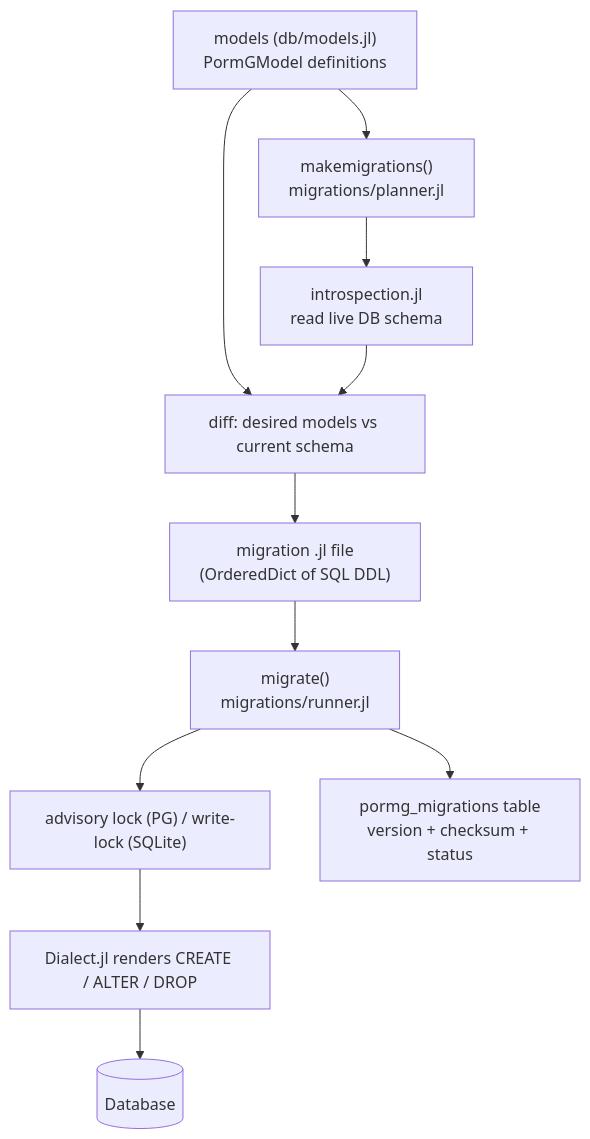
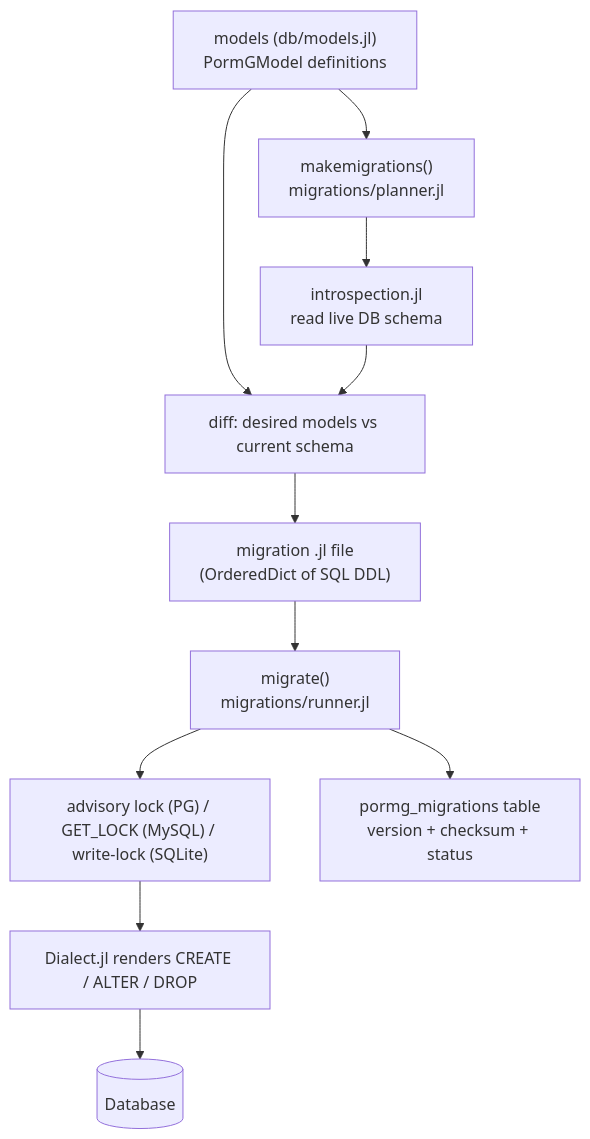
Before and after one commit to PingoLee/PormG.jl: the fourth of 4 diagrams in docs/src/architecture.md, drawn with Mermaid. The commit also changed other lines of this file and 22 other files, not shown here.

First line of the commit message:
docs(mysql): the write, configuration and guide pages state MySQL (#1130)

````diff
--- a/docs/src/architecture.md
+++ b/docs/src/architecture.md
@@ -134,19 +136,19 @@
 ```mermaid
 flowchart TD
   M["models (db/models.jl)<br/>PormGModel definitions"]
   MM["makemigrations()<br/>migrations/planner.jl"]
   INTRO["introspection.jl<br/>read live DB schema"]
   DIFF["diff: desired models vs current schema"]
   FILE["migration .jl file<br/>(OrderedDict of SQL DDL)"]
   MIG["migrate()<br/>migrations/runner.jl"]
-  LOCK["advisory lock (PG) / write-lock (SQLite)"]
+  LOCK["advisory lock (PG) / GET_LOCK (MySQL) / write-lock (SQLite)"]
   DDL["Dialect.jl renders CREATE / ALTER / DROP"]
   TRACK["pormg_migrations table<br/>version + checksum + status"]
   DB[("Database")]
 
   M --> MM
   M --> DIFF
   MM --> INTRO --> DIFF --> FILE
   FILE --> MIG --> LOCK --> DDL --> DB
   MIG --> TRACK
 ```
````
